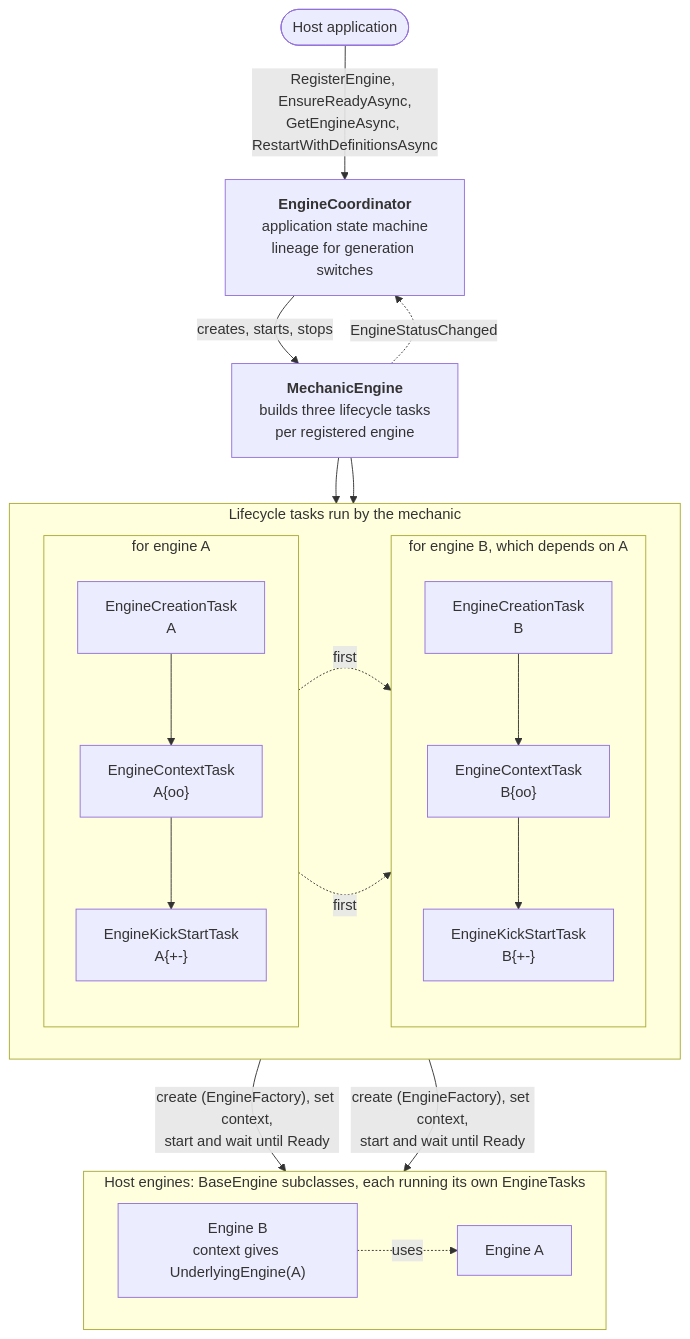
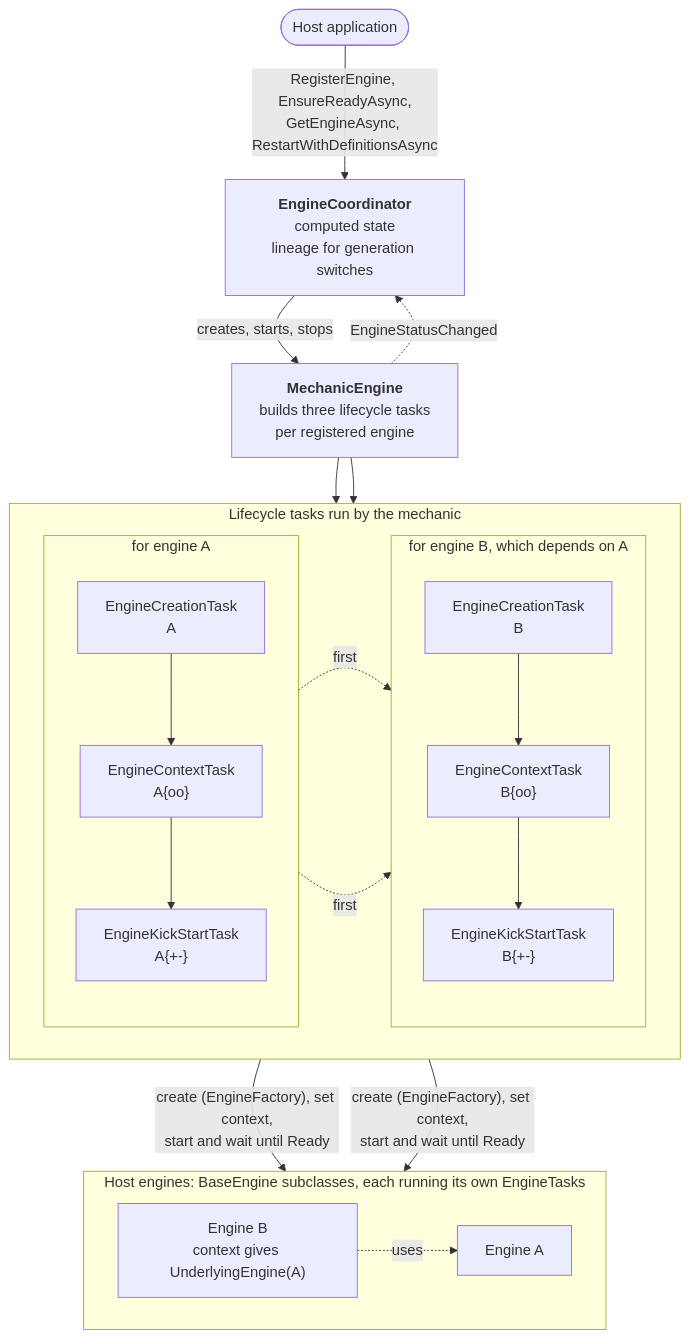
The first of 3 diagrams in docs/Overview.md (KenKor/OrchestrationEngines), drawn with Mermaid before and after one commit. The commit also changed other lines of this file and 13 other files, not shown here.

````diff
--- a/docs/Overview.md
+++ b/docs/Overview.md
@@ -32,37 +32,37 @@
 ```mermaid
 flowchart TB
     Host(["Host application"])
 
-    Coordinator["<b>EngineCoordinator</b><br/>application state machine<br/>lineage for generation switches"]
+    Coordinator["<b>EngineCoordinator</b><br/>computed state<br/>lineage for generation switches"]
 
     MechanicNode["<b>MechanicEngine</b><br/>builds three lifecycle tasks<br/>per registered engine"]
 
     subgraph Mechanic["Lifecycle tasks run by the mechanic"]
         direction LR
         subgraph TasksA["for engine A"]
             direction TB
             CreateA["EngineCreationTask<br/>A"] --> ContextA["EngineContextTask<br/>A{oo}"] --> KickA["EngineKickStartTask<br/>A{+-}"]
         end
         subgraph TasksB["for engine B, which depends on A"]
             direction TB
             CreateB["EngineCreationTask<br/>B"] --> ContextB["EngineContextTask<br/>B{oo}"] --> KickB["EngineKickStartTask<br/>B{+-}"]
         end
         ContextA -. "first" .-> ContextB
         KickA -. "first" .-> KickB
     end
 
     subgraph Engines["Host engines: BaseEngine subclasses, each running its own EngineTasks"]
         direction LR
         EngineA["Engine A"]
         EngineB["Engine B<br/>context gives UnderlyingEngine(A)"]
     end
 
     Host -- "RegisterEngine, EnsureReadyAsync,<br/>GetEngineAsync, RestartWithDefinitionsAsync" --> Coordinator
     Coordinator -- "creates, starts, stops" --> MechanicNode
     MechanicNode -. "EngineStatusChanged" .-> Coordinator
     MechanicNode --> CreateA
     MechanicNode --> CreateB
     TasksA -- "create (EngineFactory), set context,<br/>start and wait until Ready" --> EngineA
     TasksB -- "create (EngineFactory), set context,<br/>start and wait until Ready" --> EngineB
     EngineB -. "uses" .-> EngineA
 ```
````
